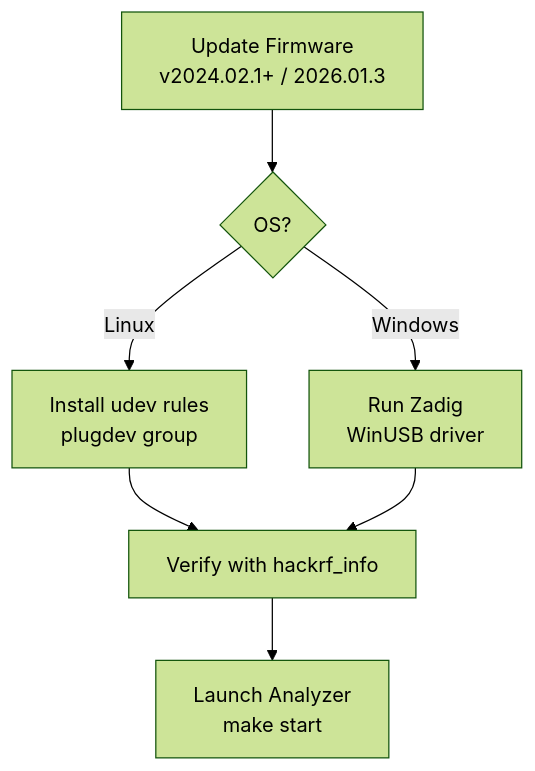
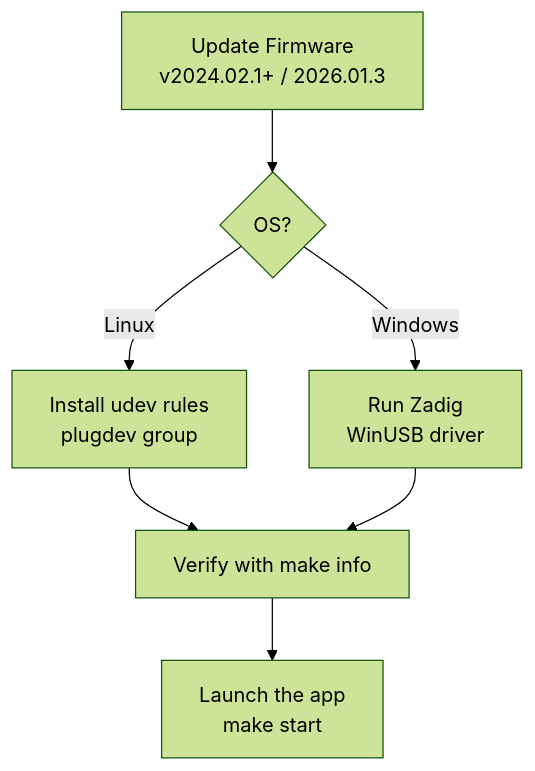
The diagram in docs/hackrf-setup.md (chris-piekarski/hackrf-spectrum-analyzer), drawn with Mermaid (forest theme) before and after one commit. The commit also changed 79 other files, not shown here.

````diff
--- a/docs/hackrf-setup.md
+++ b/docs/hackrf-setup.md
@@ -3,9 +3,9 @@
 ```mermaid
 flowchart TD
     A[Update Firmware<br/>v2024.02.1+ / 2026.01.3] --> B{OS?}
     B -->|Linux| C[Install udev rules<br/>plugdev group]
     B -->|Windows| D[Run Zadig<br/>WinUSB driver]
-    C --> E[Verify with hackrf_info]
+    C --> E[Verify with make info]
     D --> E
-    E --> F[Launch Analyzer<br/>make start]
+    E --> F[Launch the app<br/>make start]
 ```
````
